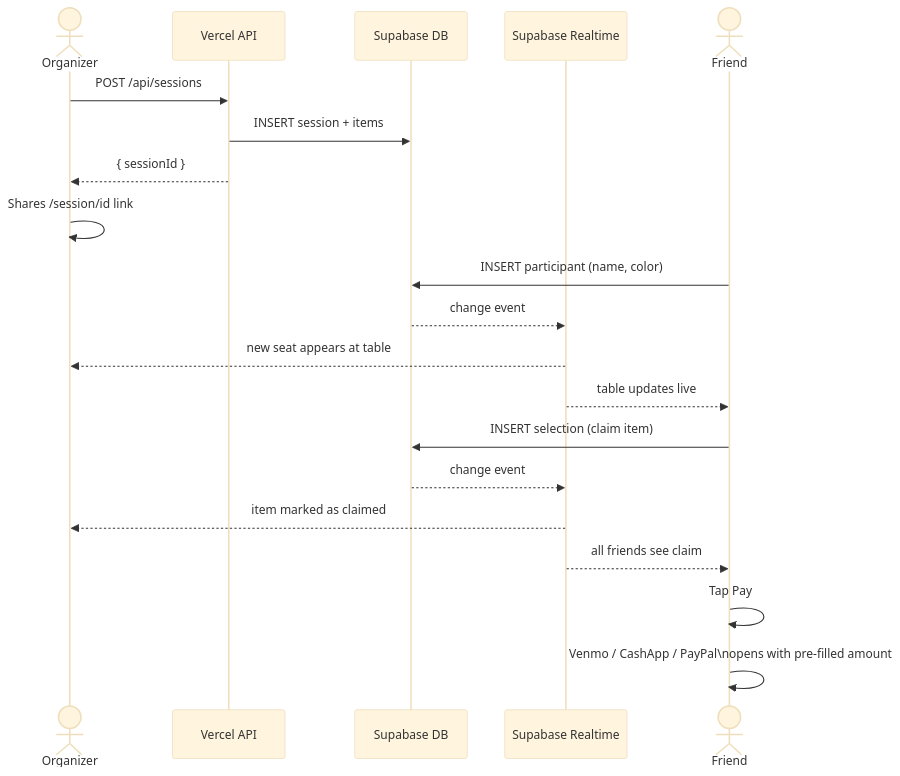
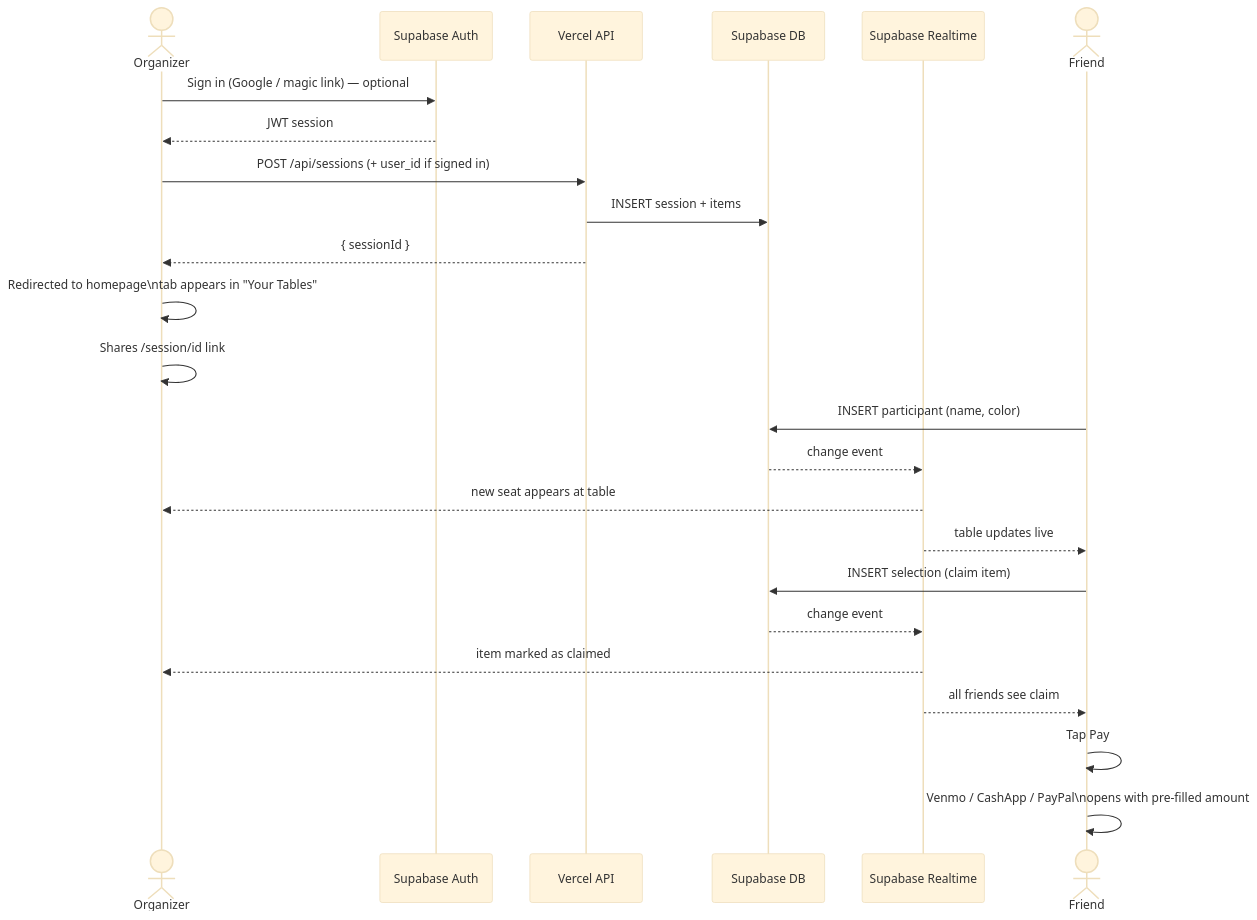
The fourth of 5 diagrams in README.md (seanjames0114/PayMe), drawn with Mermaid (base theme) before and after one commit. The commit also changed other lines of this file and 14 other files, not shown here.

Commit message:
added auth, navigation buttons, storage for tables

````diff
--- a/README.md
+++ b/README.md
@@ -110,26 +128,31 @@
 ```mermaid
 sequenceDiagram
     actor O as Organizer
+    participant A as Supabase Auth
     participant V as Vercel API
     participant DB as Supabase DB
     participant RT as Supabase Realtime
     actor F as Friend
 
-    O->>V: POST /api/sessions
+    O->>A: Sign in (Google / magic link) — optional
+    A-->>O: JWT session
+
+    O->>V: POST /api/sessions (+ user_id if signed in)
     V->>DB: INSERT session + items
     V-->>O: { sessionId }
+    O->>O: Redirected to homepage\ntab appears in "Your Tables"
     O->>O: Shares /session/id link
 
     F->>DB: INSERT participant (name, color)
     DB-->>RT: change event
     RT-->>O: new seat appears at table
     RT-->>F: table updates live
 
     F->>DB: INSERT selection (claim item)
     DB-->>RT: change event
     RT-->>O: item marked as claimed
     RT-->>F: all friends see claim
 
     F->>F: Tap Pay
     F->>F: Venmo / CashApp / PayPal\nopens with pre-filled amount
 ```
````
